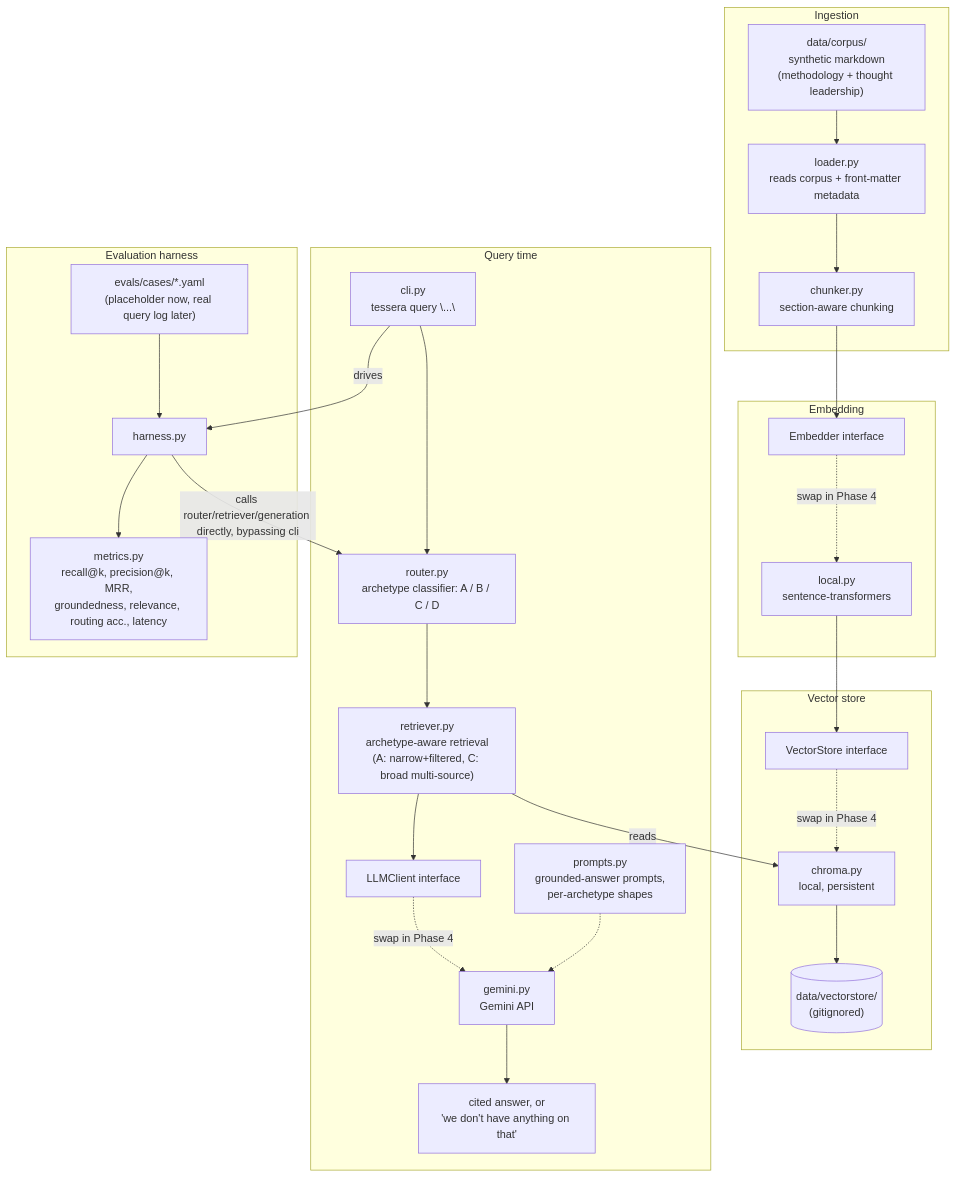
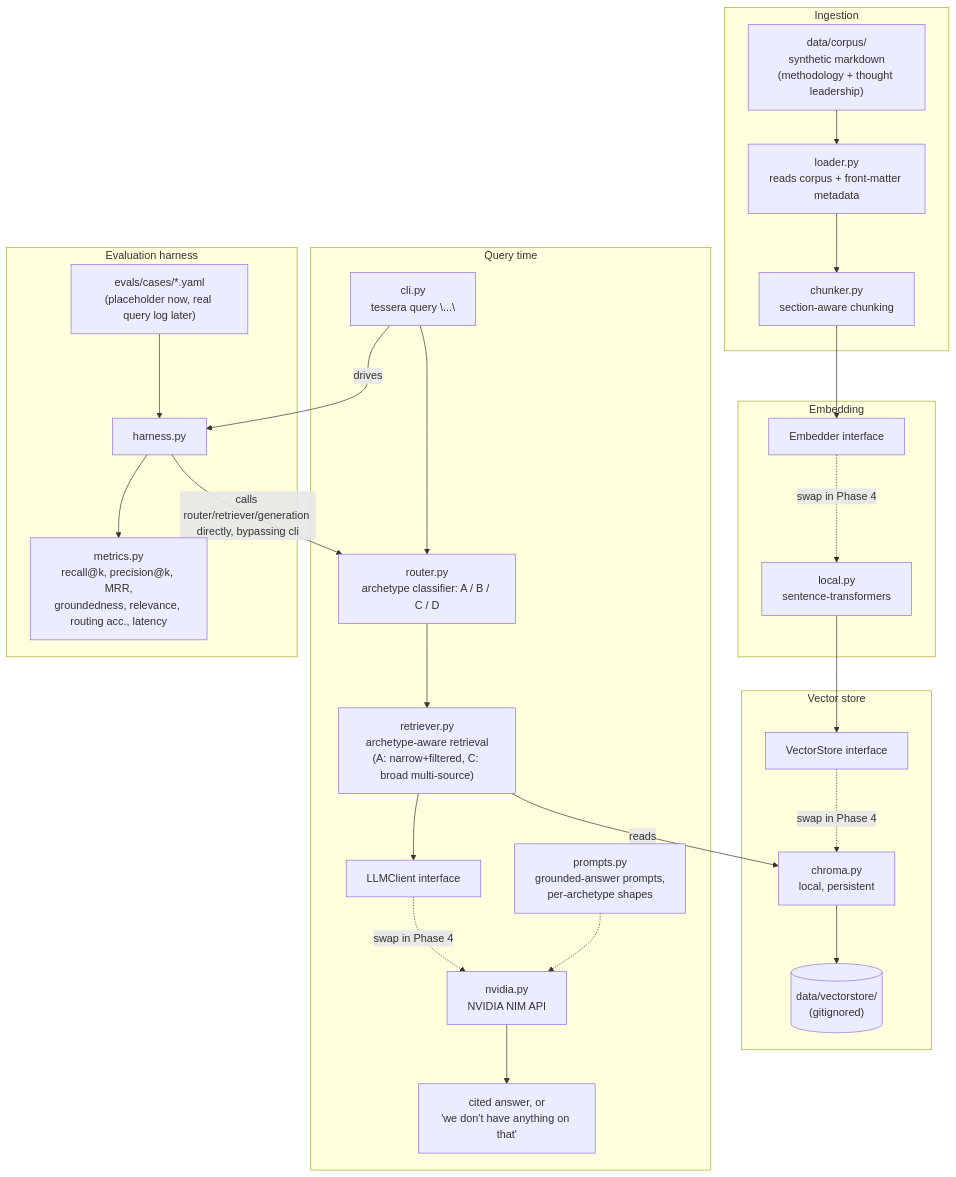
Before and after one commit to ChiragVenkateshaiah/tessera: the diagram in README.md, drawn with Mermaid. The commit also changed other lines of this file and 19 other files, not shown here.

First line of the commit message:
Swap LLM provider from Gemini to NVIDIA NIM (Nemotron-3-Ultra-550B-A55B)

````diff
--- a/README.md
+++ b/README.md
@@ -40,52 +40,52 @@
 ```mermaid
 flowchart TB
     subgraph ingest["Ingestion"]
         corpus["data/corpus/<br/>synthetic markdown<br/>(methodology + thought leadership)"]
         loader["loader.py<br/>reads corpus + front-matter metadata"]
         chunker["chunker.py<br/>section-aware chunking"]
         corpus --> loader --> chunker
     end
 
     subgraph embed["Embedding"]
         embedIface["Embedder interface"]
         embedImpl["local.py<br/>sentence-transformers"]
         embedIface -.swap in Phase 4.-> embedImpl
     end
 
     subgraph store["Vector store"]
         storeIface["VectorStore interface"]
         storeImpl["chroma.py<br/>local, persistent"]
         storeIface -.swap in Phase 4.-> storeImpl
         persisted[("data/vectorstore/<br/>(gitignored)")]
         storeImpl --> persisted
     end
 
     chunker --> embedIface
     embedImpl --> storeIface
 
     subgraph query["Query time"]
         cli["cli.py<br/>tessera query \"...\""]
         router["router.py<br/>archetype classifier: A / B / C / D"]
         retriever["retriever.py<br/>archetype-aware retrieval<br/>(A: narrow+filtered, C: broad multi-source)"]
         genIface["LLMClient interface"]
-        genImpl["gemini.py<br/>Gemini API"]
+        genImpl["nvidia.py<br/>NVIDIA NIM API"]
         prompts["prompts.py<br/>grounded-answer prompts,<br/>per-archetype shapes"]
         cli --> router --> retriever
         retriever -->|reads| storeImpl
         retriever --> genIface
         genIface -.swap in Phase 4.-> genImpl
         prompts -.-> genImpl
         genImpl --> answer["cited answer, or<br/>'we don't have anything on that'"]
     end
 
     subgraph evalh["Evaluation harness"]
         cases["evals/cases/*.yaml<br/>(placeholder now, real query log later)"]
         harness["harness.py"]
         metrics["metrics.py<br/>recall@k, precision@k, MRR,<br/>groundedness, relevance, routing acc., latency"]
         cases --> harness
         harness -->|calls router/retriever/generation directly, bypassing cli| router
         harness --> metrics
     end
 
     cli -->|drives| harness
 ```
````
